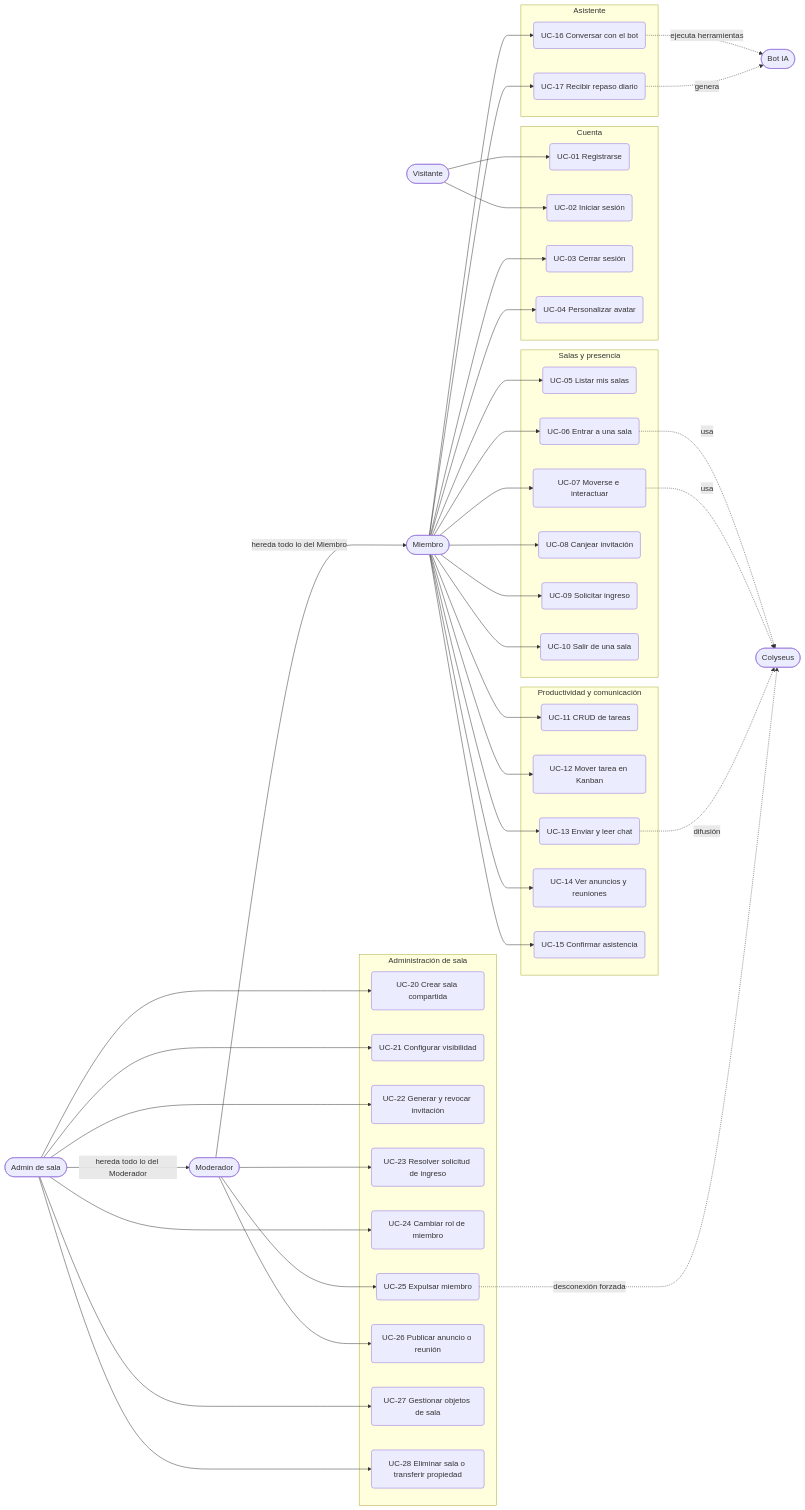
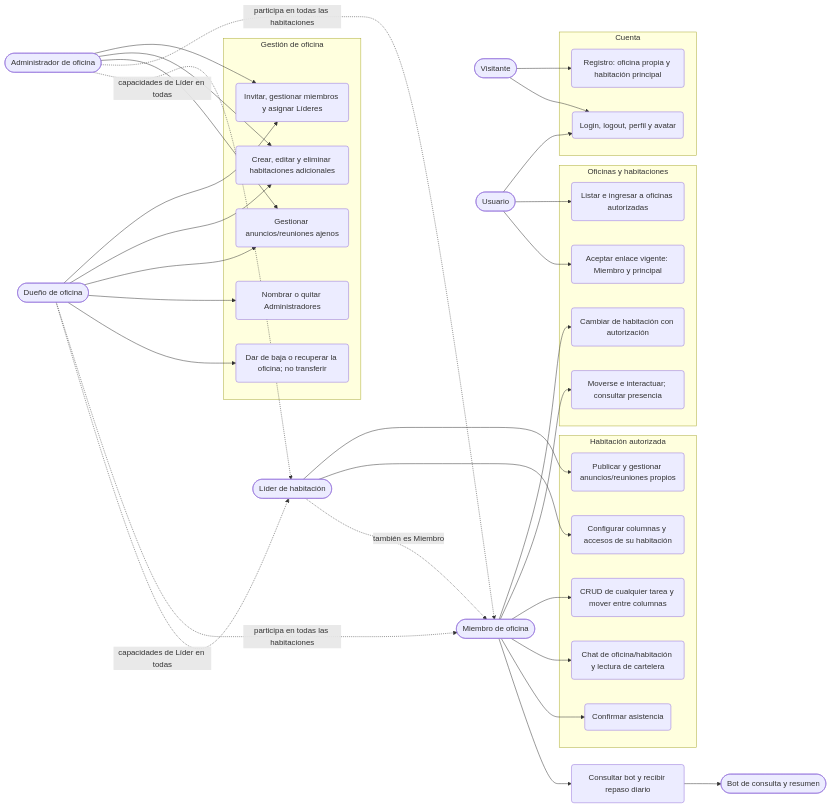
One commit to Agustin742/integratec-final-back changed the diagram in docs/diagrams/01-functional/use-cases.md. Above: the diagram before and after it, drawn with Mermaid. The commit also changed other lines of this file and 1 other file, not shown here.

Commit message:
docs(diagrams): align use cases with office and room permissions

````diff
--- a/docs/diagrams/01-functional/use-cases.md
+++ b/docs/diagrams/01-functional/use-cases.md
@@ -36,81 +37,64 @@
 ```mermaid
 flowchart LR
   vis(["Visitante"])
-  mie(["Miembro"])
-  modr(["Moderador"])
-  adm(["Admin de sala"])
-  bot(["Bot IA"])
-  col(["Colyseus"])
+  usr(["Usuario"])
+  mie(["Miembro de oficina"])
+  lead(["Líder de habitación"])
+  adm(["Administrador de oficina"])
+  own(["Dueño de oficina"])
+  bot(["Bot de consulta y resumen"])
 
   subgraph cuenta["Cuenta"]
-    uc01("UC-01 Registrarse")
-    uc02("UC-02 Iniciar sesión")
-    uc03("UC-03 Cerrar sesión")
-    uc04("UC-04 Personalizar avatar")
+    register("Registro: oficina propia y habitación principal")
+    auth("Login, logout, perfil y avatar")
   end
-  subgraph salas["Salas y presencia"]
-    uc05("UC-05 Listar mis salas")
-    uc06("UC-06 Entrar a una sala")
-    uc07("UC-07 Moverse e interactuar")
-    uc08("UC-08 Canjear invitación")
-    uc09("UC-09 Solicitar ingreso")
-    uc10("UC-10 Salir de una sala")
+  subgraph acceso["Oficinas y habitaciones"]
+    offices("Listar e ingresar a oficinas autorizadas")
+    invite("Aceptar enlace vigente: Miembro y principal")
+    rooms("Cambiar de habitación con autorización")
+    presence("Moverse e interactuar; consultar presencia")
   end
-  subgraph prod["Productividad y comunicación"]
-    uc11("UC-11 CRUD de tareas")
-    uc12("UC-12 Mover tarea en Kanban")
-    uc13("UC-13 Enviar y leer chat")
-    uc14("UC-14 Ver anuncios y reuniones")
-    uc15("UC-15 Confirmar asistencia")
+  subgraph herramientas["Habitación autorizada"]
+    tasks("CRUD de cualquier tarea y mover entre columnas")
+    comm("Chat de oficina/habitación y lectura de cartelera")
+    attendance("Confirmar asistencia")
+    publish("Publicar y gestionar anuncios/reuniones propios")
+    structure("Configurar columnas y accesos de su habitación")
   end
-  subgraph ia["Asistente"]
-    uc16("UC-16 Conversar con el bot")
-    uc17("UC-17 Recibir repaso diario")
+  subgraph gestion["Gestión de oficina"]
+    members("Invitar, gestionar miembros y asignar Líderes")
+    createRoom("Crear, editar y eliminar habitaciones adicionales")
+    others("Gestionar anuncios/reuniones ajenos")
+    admins("Nombrar o quitar Administradores")
+    lifecycle("Dar de baja o recuperar la oficina; no transferir")
   end
-  subgraph admin["Administración de sala"]
-    uc20("UC-20 Crear sala compartida")
-    uc21("UC-21 Configurar visibilidad")
-    uc22("UC-22 Generar y revocar invitación")
-    uc23("UC-23 Resolver solicitud de ingreso")
-    uc24("UC-24 Cambiar rol de miembro")
-    uc25("UC-25 Expulsar miembro")
-    uc26("UC-26 Publicar anuncio o reunión")
-    uc27("UC-27 Gestionar objetos de sala")
-    uc28("UC-28 Eliminar sala o transferir propiedad")
-  end
+  summary("Consultar bot y recibir repaso diario")
 
-  vis --> uc01
-  vis --> uc02
-  mie --> uc03
-  mie --> uc04
-  mie --> uc05
-  mie --> uc06
-  mie --> uc07
-  mie --> uc08
-  mie --> uc09
-  mie --> uc10
-  mie --> uc11
-  mie --> uc12
-  mie --> uc13
-  mie --> uc14
-  mie --> uc15
-  mie --> uc16
-  mie --> uc17
-  modr -->|"hereda todo lo del Miembro"| mie
-  adm -->|"hereda todo lo del Moderador"| modr
-  modr --> uc23
-  modr --> uc25
-  modr --> uc26
-  adm --> uc20
-  adm --> uc21
-  adm --> uc22
-  adm --> uc24
-  adm --> uc27
-  adm --> uc28
-  uc06 -.->|"usa"| col
-  uc07 -.->|"usa"| col
-  uc13 -.->|"difusión"| col
-  uc16 -.->|"ejecuta herramientas"| bot
-  uc17 -.->|"genera"| bot
-  uc25 -.->|"desconexión forzada"| col
+  vis --> register
+  vis --> auth
+  usr --> auth
+  usr --> offices
+  usr --> invite
+  mie --> rooms
+  mie --> presence
+  mie --> tasks
+  mie --> comm
+  mie --> attendance
+  mie --> summary
+  summary --> bot
+  lead --> publish
+  lead --> structure
+  adm --> members
+  adm --> createRoom
+  adm --> others
+  own --> members
+  own --> createRoom
+  own --> others
+  own --> admins
+  own --> lifecycle
+  lead -.->|"también es Miembro"| mie
+  adm -.->|"participa en todas las habitaciones"| mie
+  own -.->|"participa en todas las habitaciones"| mie
+  adm -.->|"capacidades de Líder en todas"| lead
+  own -.->|"capacidades de Líder en todas"| lead
 ```
````
